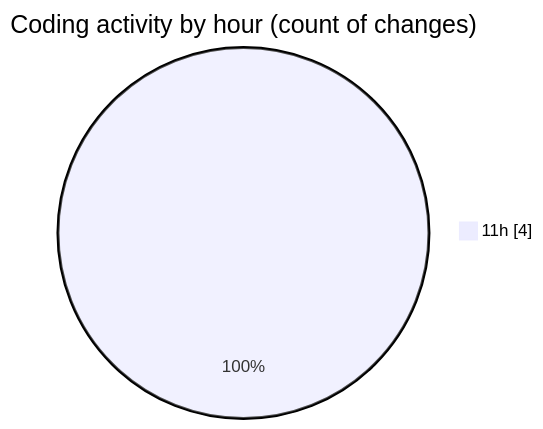
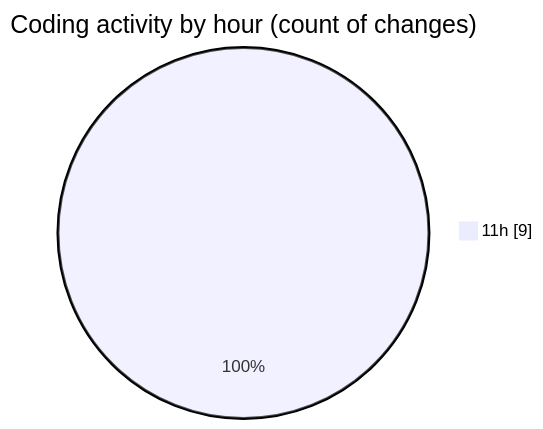
The second of 2 diagrams in 2025-07-15/argos/README.md (nxtqubesakshisongat/code-tracking), drawn with Mermaid before and after one commit. The commit also changed other lines of this file and 1 other file, not shown here.

````diff
--- a/2025-07-15/argos/README.md
+++ b/2025-07-15/argos/README.md
@@ -29,5 +31,5 @@
 ```mermaid
 pie showData
 title Coding activity by hour (count of changes)
-"11h" : 4
+"11h" : 9
 ```
````
